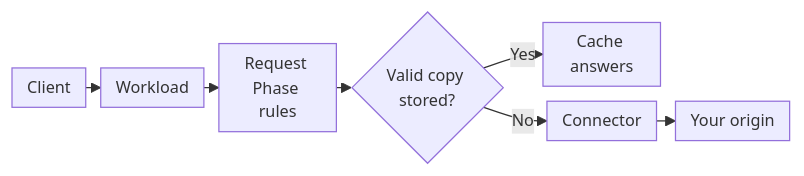
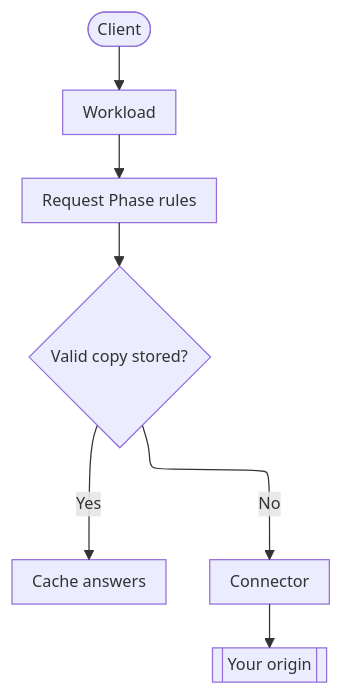
Before and after one commit to aziontech/docs: the first of 4 diagrams in apps/docs/src/content/docs/en/pages/secure/connectors/how-it-works.mdx, drawn with Mermaid. The commit also changed other lines of this file and 179 other files, not shown here.

Commit message:
docs(diagrams): redraw every other diagram in the use-case diagram style (#2513)

````diff
--- a/apps/docs/src/content/docs/en/pages/secure/connectors/how-it-works.mdx
+++ b/apps/docs/src/content/docs/en/pages/secure/connectors/how-it-works.mdx
@@ -26,10 +26,10 @@
 ```mermaid
-%%{init: {"layout": "dagre", "themeVariables": {"fontSize": "13px"}, "flowchart": {"nodeSpacing": 12, "rankSpacing": 12, "padding": 6, "wrappingWidth": 70, "minNodeWidth": 40, "useMaxWidth": true}}}%%
-flowchart LR
-  Client["Client"] --> WL["Workload"]
+%%{init: {"layout": "elk", "themeVariables": {"fontSize": "13px"}, "flowchart": {"nodeSpacing": 24, "rankSpacing": 36, "padding": 8, "wrappingWidth": 150, "useMaxWidth": true}, "sequence": {"width": 120, "actorMargin": 30, "useMaxWidth": true}}}%%
+flowchart TD
+  Client(["Client"]) --> WL["Workload"]
   WL --> Rules["Request Phase rules"]
   Rules --> Cache{"Valid copy stored?"}
   Cache -->|"Yes"| Hit["Cache answers"]
   Cache -->|"No"| Conn["Connector"]
-  Conn --> Origin["Your origin"]
+  Conn --> Origin[["Your origin"]]
 ```
````
